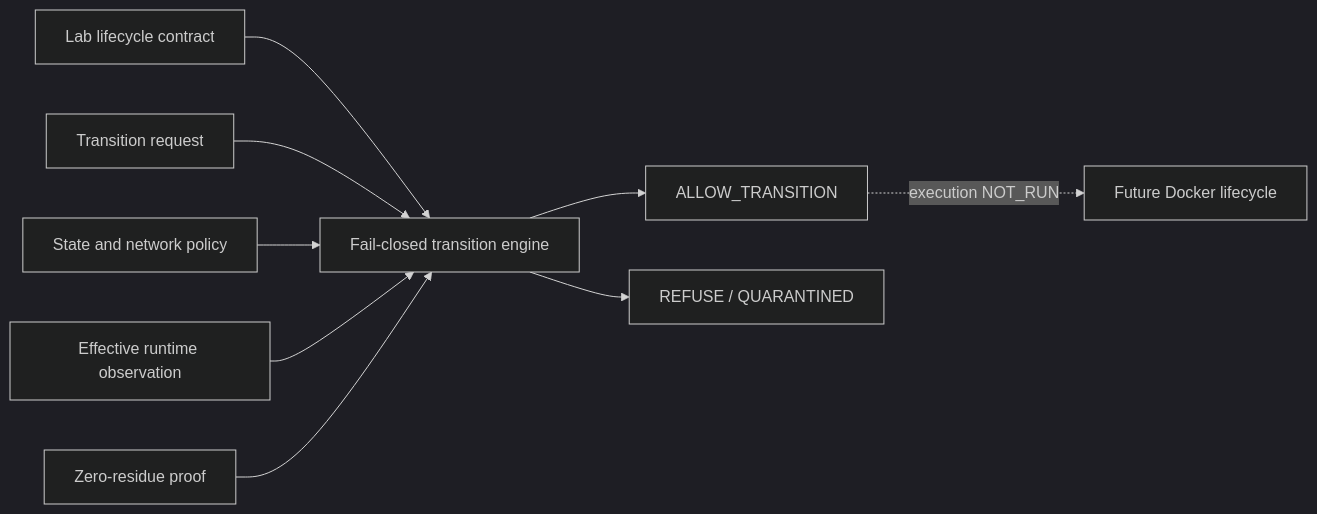
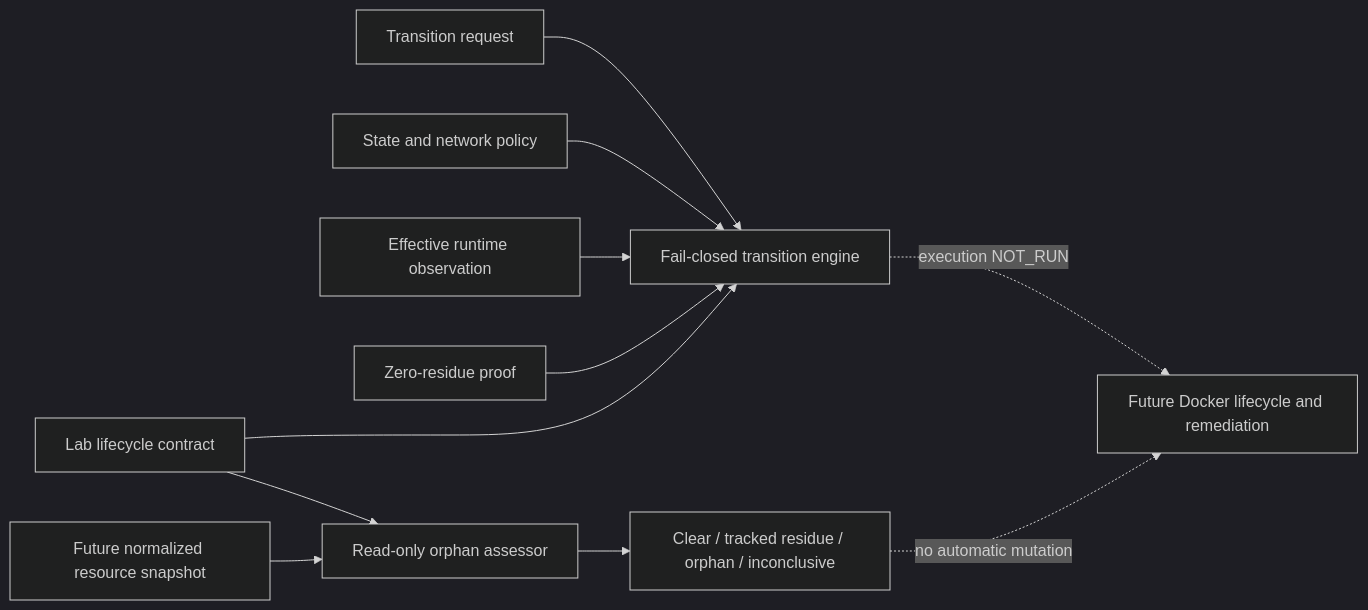
The diagram in docs/roadmap/EPIC-04-08-transactional-lifecycle-contract-candidate-as-built.md (pestoura/hermes-security-labs), drawn with Mermaid (dark theme) before and after one commit. The commit also changed other lines of this file and 8 other files, not shown here.

First line of the commit message:
feat(svp2-b03): add read-only orphan resource assessor (#167)

````diff
--- a/docs/roadmap/EPIC-04-08-transactional-lifecycle-contract-candidate-as-built.md
+++ b/docs/roadmap/EPIC-04-08-transactional-lifecycle-contract-candidate-as-built.md
@@ -37,21 +40,24 @@
 ```mermaid
 flowchart LR
   CONTRACT[Lab lifecycle contract]
   REQUEST[Transition request]
   POLICY[State and network policy]
   OBS[Effective runtime observation]
   PROOF[Zero-residue proof]
   ENGINE[Fail-closed transition engine]
-  ALLOW[ALLOW_TRANSITION]
-  REFUSE[REFUSE / QUARANTINED]
-  DOCKER[Future Docker lifecycle]
+  SNAP[Future normalized resource snapshot]
+  ORPHAN[Read-only orphan assessor]
+  RESULT[Clear / tracked residue / orphan / inconclusive]
+  DOCKER[Future Docker lifecycle and remediation]
 
   CONTRACT --> ENGINE
   REQUEST --> ENGINE
   POLICY --> ENGINE
   OBS --> ENGINE
   PROOF --> ENGINE
-  ENGINE --> ALLOW
-  ENGINE --> REFUSE
-  ALLOW -. execution NOT_RUN .-> DOCKER
+  SNAP --> ORPHAN
+  CONTRACT --> ORPHAN
+  ORPHAN --> RESULT
+  ENGINE -. execution NOT_RUN .-> DOCKER
+  RESULT -. no automatic mutation .-> DOCKER
 ```
````
